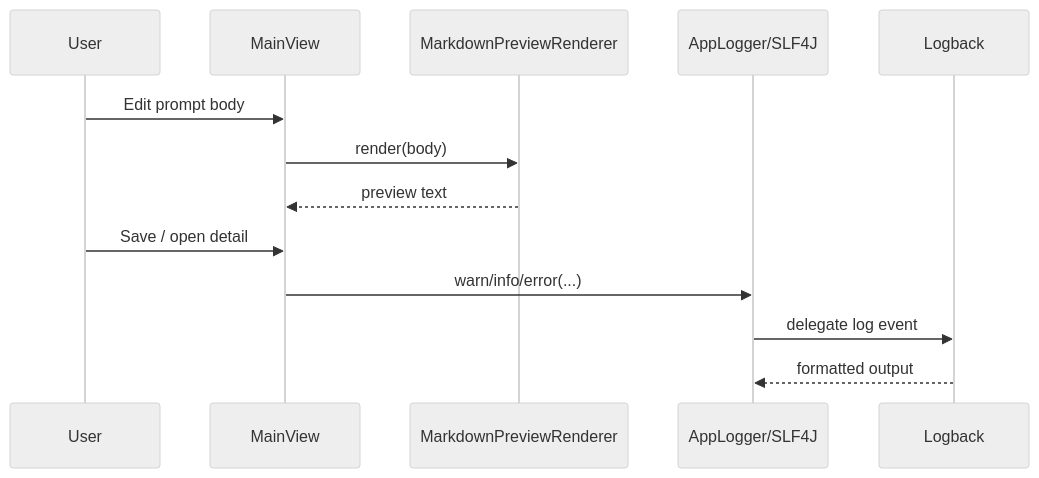
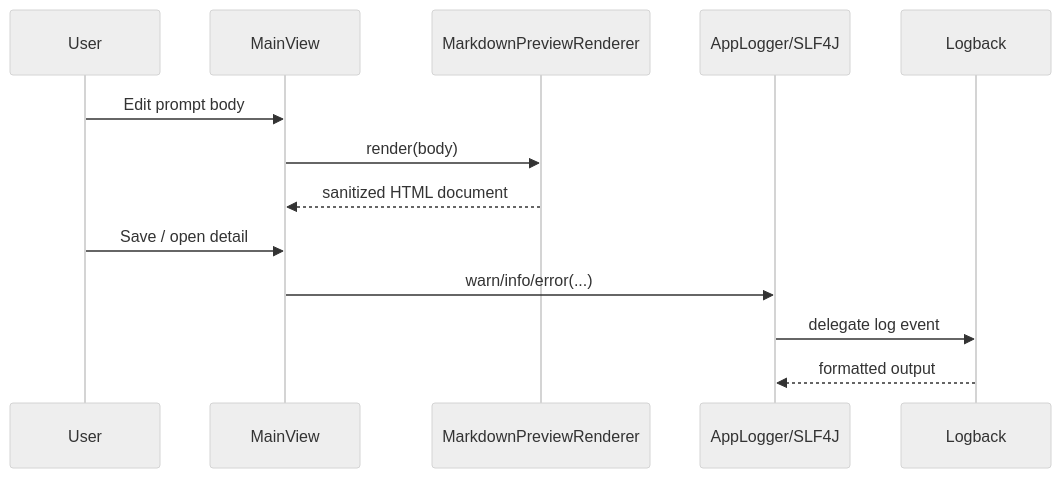
One commit to viruchith/PromptButler changed the third of 3 diagrams in TECHNICAL.md. Above: the diagram before and after it, drawn with Mermaid (neutral theme). The commit also changed other lines of this file and 13 other files, not shown here.

````diff
--- a/TECHNICAL.md
+++ b/TECHNICAL.md
@@ -164,16 +167,16 @@
 ```mermaid
 sequenceDiagram
     participant User
     participant MainView
     participant Renderer as MarkdownPreviewRenderer
     participant Logger as AppLogger/SLF4J
     participant Logback
 
     User->>MainView: Edit prompt body
     MainView->>Renderer: render(body)
-    Renderer-->>MainView: preview text
+    Renderer-->>MainView: sanitized HTML document
     User->>MainView: Save / open detail
     MainView->>Logger: warn/info/error(...)
     Logger->>Logback: delegate log event
     Logback-->>Logger: formatted output
 ```
````
